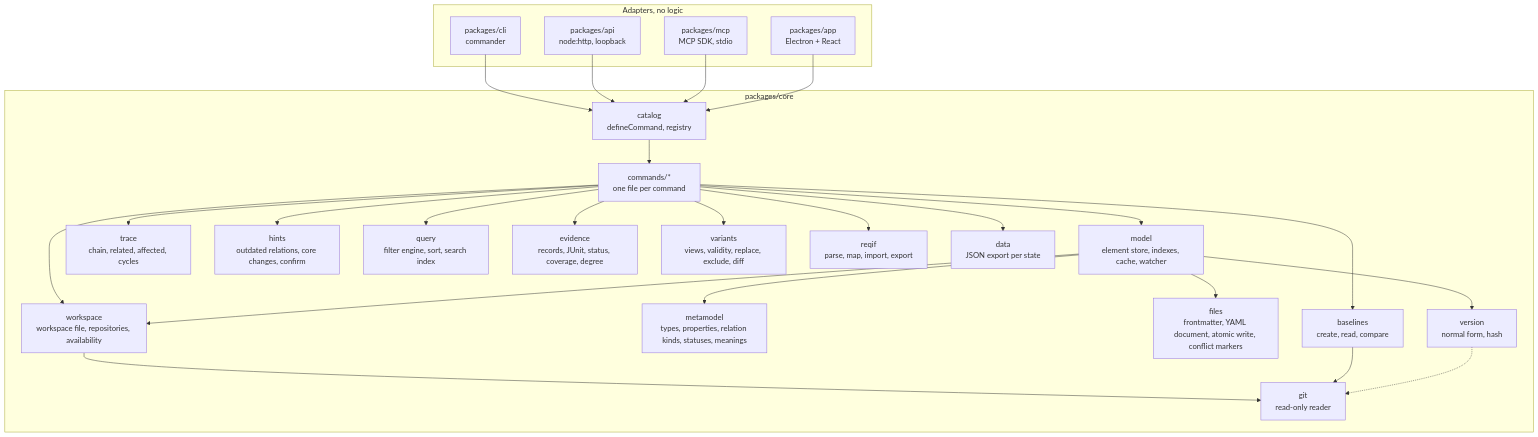
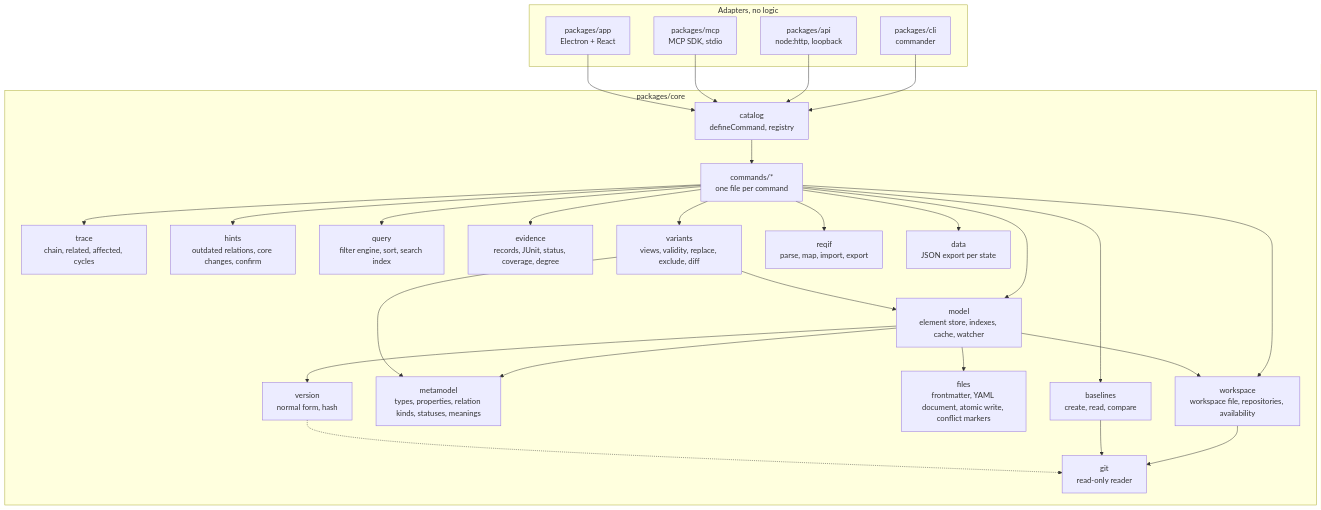
One commit to ThomasBirkmaier/ReqSeq changed the second of 4 diagrams in docs/architecture/README.md. Above: the diagram before and after it, drawn with Mermaid. The commit also changed other lines of this file and 17 other files, not shown here.

````diff
--- a/docs/architecture/README.md
+++ b/docs/architecture/README.md
@@ -80,34 +80,35 @@
 ```mermaid
 flowchart TB
   subgraph adapters[Adapters, no logic]
     cli[packages/cli<br/>commander]
     api[packages/api<br/>node:http, loopback]
     mcp[packages/mcp<br/>MCP SDK, stdio]
     app[packages/app<br/>Electron + React]
   end
   subgraph core[packages/core]
     catalog[catalog<br/>defineCommand, registry]
     commands[commands/*<br/>one file per command]
     ws[workspace<br/>workspace file, repositories, availability]
     mm[metamodel<br/>types, properties, relation kinds, statuses, meanings]
     files[files<br/>frontmatter, YAML document, atomic write, conflict markers]
     model[model<br/>element store, indexes, cache, watcher]
     version[version<br/>normal form, hash]
     trace[trace<br/>chain, related, affected, cycles]
     hints[hints<br/>outdated relations, core changes, confirm]
     query[query<br/>filter engine, sort, search index]
     evidence[evidence<br/>records, JUnit, status, coverage, degree]
     variants[variants<br/>views, validity, replace, exclude, diff]
     baselines[baselines<br/>create, read, compare]
     reqif[reqif<br/>parse, map, import, export]
     data[data<br/>JSON export per state]
     git[git<br/>read-only reader]
   end
   cli & api & mcp & app --> catalog
   catalog --> commands
   commands --> ws & model & trace & hints & query & evidence & variants & baselines & reqif & data
   model --> files & version & mm & ws
+  variants --> model & mm
   ws --> git
   baselines --> git
   version -.-> git
 ```
````
